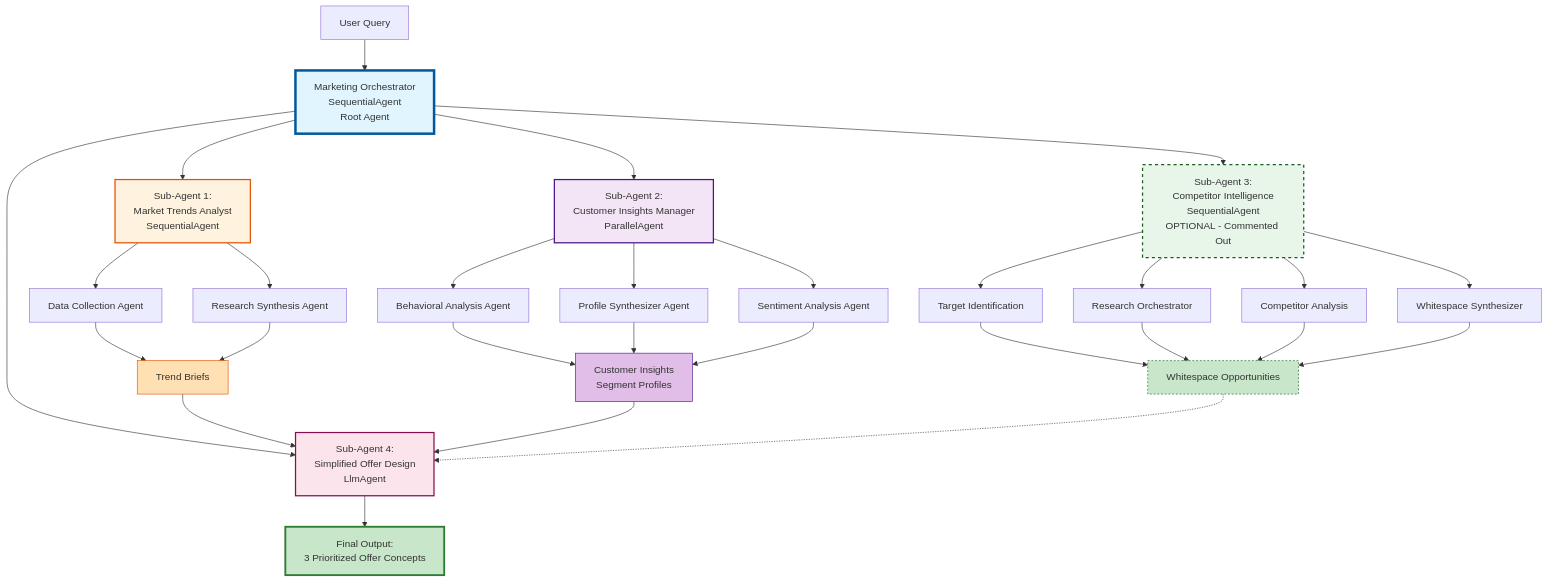
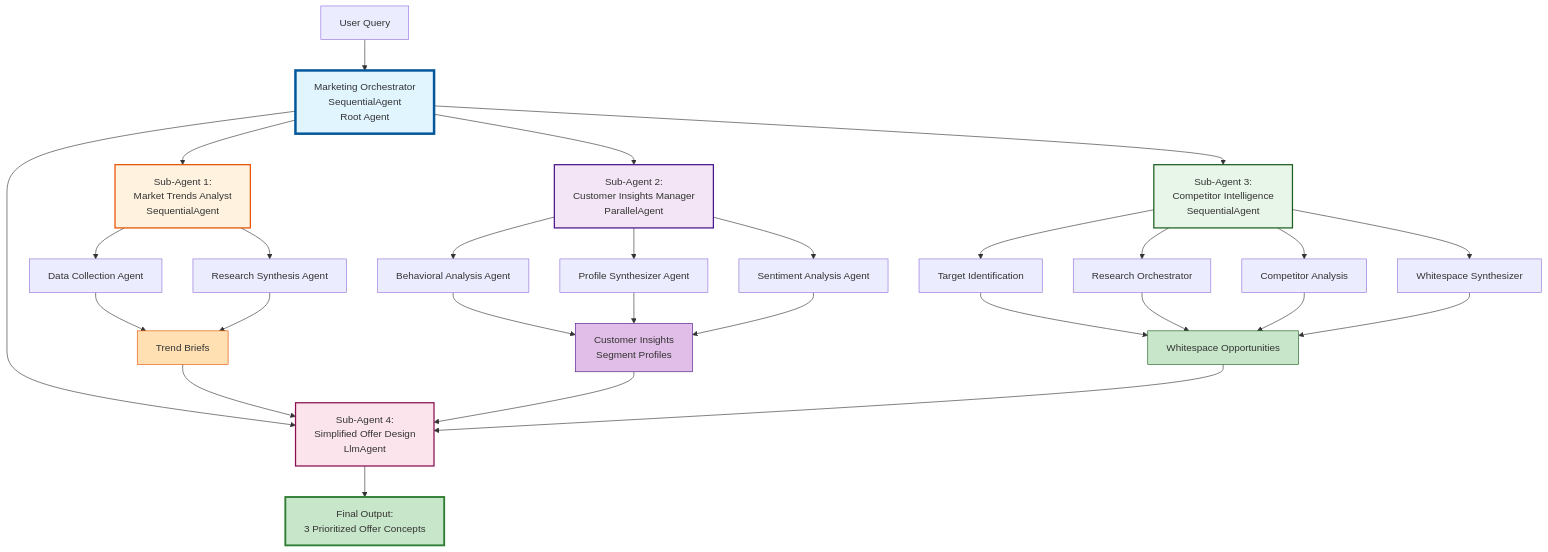
The diagram in docs/mermaid_diagrams/06_marketing_orchestrator.mmd (biru-dash/Wendy-hackathon), drawn with Mermaid before and after one commit. The commit also changed 14 other files, not shown here.

Commit message:
Updated mermaid diagrams

```diff
--- a/docs/mermaid_diagrams/06_marketing_orchestrator.mmd
+++ b/docs/mermaid_diagrams/06_marketing_orchestrator.mmd
@@ -1,44 +1,44 @@
 graph TB
     User[User Query] --> MO[Marketing Orchestrator<br/>SequentialAgent<br/>Root Agent]
     
     MO --> Sub1[Sub-Agent 1:<br/>Market Trends Analyst<br/>SequentialAgent]
     Sub1 --> MTA_Sub1[Data Collection Agent]
     Sub1 --> MTA_Sub2[Research Synthesis Agent]
     MTA_Sub1 --> MTA_Output[Trend Briefs]
     MTA_Sub2 --> MTA_Output
     
     MO --> Sub2[Sub-Agent 2:<br/>Customer Insights Manager<br/>ParallelAgent]
     Sub2 --> CI_Sub1[Behavioral Analysis Agent]
     Sub2 --> CI_Sub2[Profile Synthesizer Agent]
     Sub2 --> CI_Sub3[Sentiment Analysis Agent]
     CI_Sub1 --> CI_Output[Customer Insights<br/>Segment Profiles]
     CI_Sub2 --> CI_Output
     CI_Sub3 --> CI_Output
     
-    MO --> Sub3[Sub-Agent 3:<br/>Competitor Intelligence<br/>SequentialAgent<br/>OPTIONAL - Commented Out]
+    MO --> Sub3[Sub-Agent 3:<br/>Competitor Intelligence<br/>SequentialAgent]
     Sub3 --> CompI_Sub1[Target Identification]
     Sub3 --> CompI_Sub2[Research Orchestrator]
     Sub3 --> CompI_Sub3[Competitor Analysis]
     Sub3 --> CompI_Sub4[Whitespace Synthesizer]
     CompI_Sub1 --> CompI_Output[Whitespace Opportunities]
     CompI_Sub2 --> CompI_Output
     CompI_Sub3 --> CompI_Output
     CompI_Sub4 --> CompI_Output
     
     MO --> Sub4[Sub-Agent 4:<br/>Simplified Offer Design<br/>LlmAgent]
     
     MTA_Output --> Sub4
     CI_Output --> Sub4
-    CompI_Output -.-> Sub4
+    CompI_Output --> Sub4
     
     Sub4 --> Final[Final Output:<br/>3 Prioritized Offer Concepts]
     
     style MO fill:#e1f5ff,stroke:#01579b,stroke-width:4px
     style Sub1 fill:#fff3e0,stroke:#e65100,stroke-width:2px
     style Sub2 fill:#f3e5f5,stroke:#4a148c,stroke-width:2px
-    style Sub3 fill:#e8f5e9,stroke:#1b5e20,stroke-width:2px,stroke-dasharray: 5 5
+    style Sub3 fill:#e8f5e9,stroke:#1b5e20,stroke-width:2px
     style Sub4 fill:#fce4ec,stroke:#880e4f,stroke-width:2px
     style Final fill:#c8e6c9,stroke:#2e7d32,stroke-width:3px
     style MTA_Output fill:#ffe0b2,stroke:#e65100,stroke-width:1px
     style CI_Output fill:#e1bee7,stroke:#4a148c,stroke-width:1px
-    style CompI_Output fill:#c8e6c9,stroke:#1b5e20,stroke-width:1px,stroke-dasharray: 3 3
+    style CompI_Output fill:#c8e6c9,stroke:#1b5e20,stroke-width:1px
```
